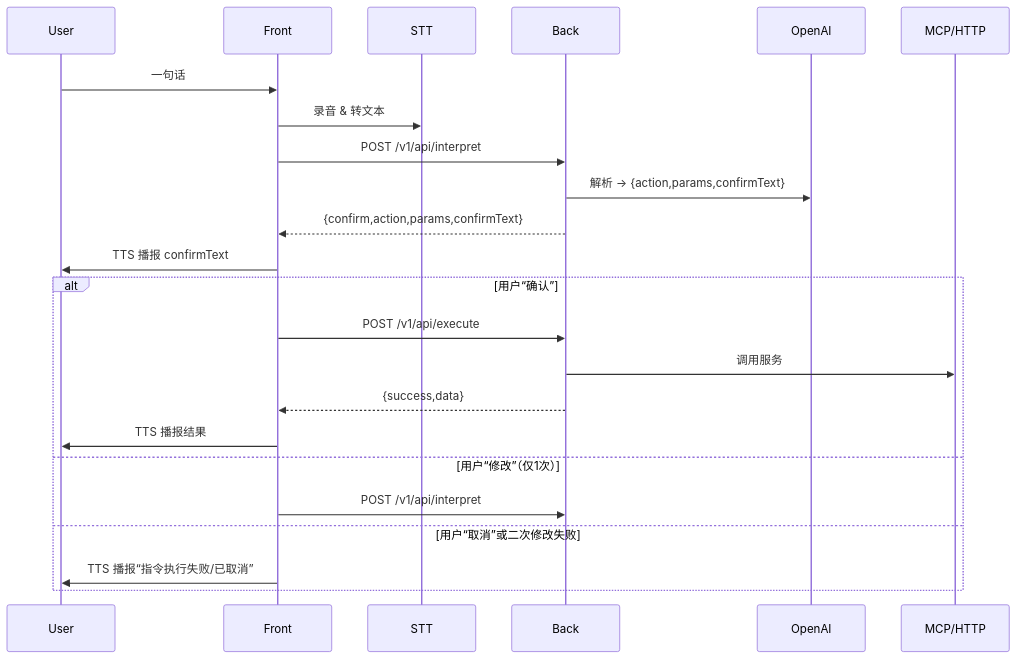
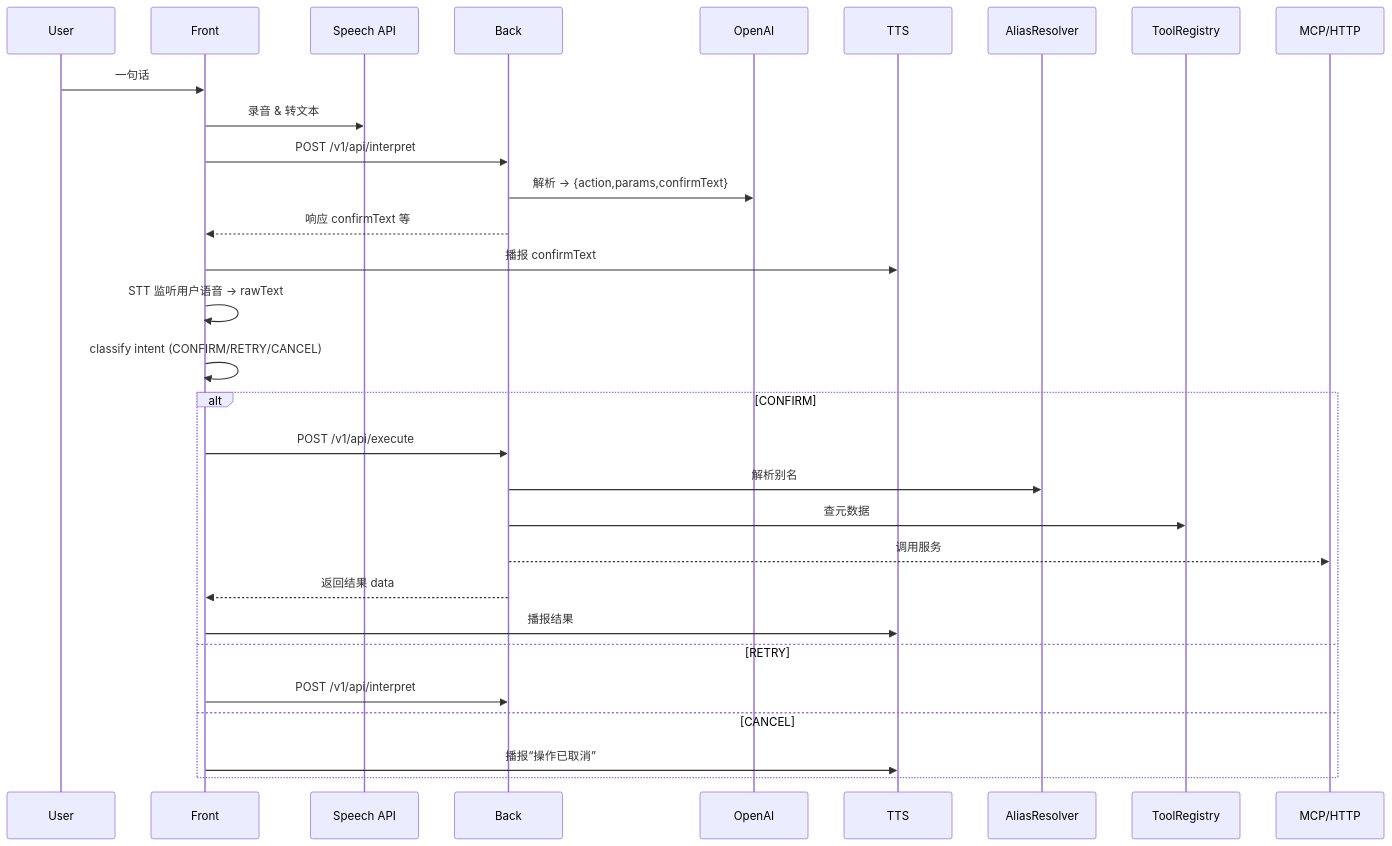
Before and after one commit to justDance-everybody/Demo_echo_frontend: the diagram in docs/产品开发需求文档PRD.md, drawn with Mermaid. The commit also changed other lines of this file and 4154 other files, not shown here.

````diff
--- a/docs/产品开发需求文档PRD.md
+++ b/docs/产品开发需求文档PRD.md
@@ -107,19 +145,23 @@
 ```mermaid
 sequenceDiagram
   User->>Front: 一句话
-  Front->>STT: 录音 & 转文本
+  Front->>Speech API: 录音 & 转文本
   Front->>Back: POST /v1/api/interpret
   Back->>OpenAI: 解析 → {action,params,confirmText}
-  Back-->>Front: {confirm,action,params,confirmText}
-  Front->>User: TTS 播报 confirmText
-  alt 用户“确认”
+  Back-->>Front: 响应 confirmText 等
+  Front->>TTS: 播报 confirmText
+  Front->>Front: STT 监听用户语音 → rawText
+  Front->>Front: classify intent (CONFIRM/RETRY/CANCEL)
+  alt CONFIRM
     Front->>Back: POST /v1/api/execute
-    Back->>MCP/HTTP: 调用服务
-    Back-->>Front: {success,data}
-    Front->>User: TTS 播报结果
-  else 用户“修改”（仅1次）
+    Back->>AliasResolver: 解析别名
+    Back->>ToolRegistry: 查元数据
+    Back-->>MCP/HTTP: 调用服务
+    Back-->>Front: 返回结果 data
+    Front->>TTS: 播报结果
+  else RETRY
     Front->>Back: POST /v1/api/interpret
-  else 用户“取消”或二次修改失败
-    Front->>User: TTS 播报“指令执行失败/已取消”
+  else CANCEL
+    Front->>TTS: 播报“操作已取消”
   end
 ```
````
